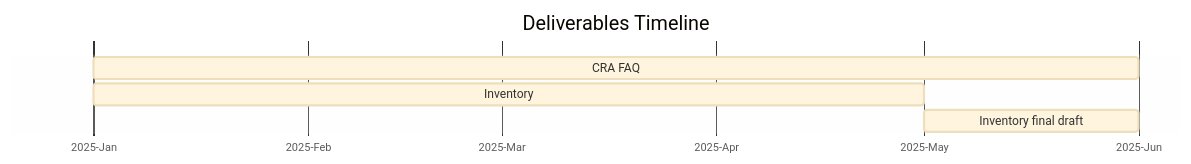
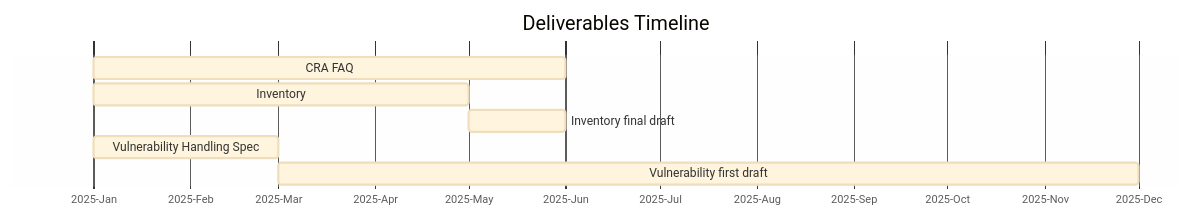
One commit to orcwg/orcwg changed the second of 2 diagrams in cyber-resilience-sig/README.md. Above: the diagram before and after it, drawn with Mermaid.

Commit message:
Add vuln do diagram

````diff
--- a/cyber-resilience-sig/README.md
+++ b/cyber-resilience-sig/README.md
@@ -56,11 +56,13 @@
 ```mermaid
 %%{init: {'theme':'base'}}%%
 gantt
     title Deliverables Timeline
     dateFormat  MMMM YYYY
     axisFormat %Y-%b
     tickInterval 1month
     CRA FAQ: January 2025, June 2025
     Inventory: inventory, January 2025, May 2025
     Inventory final draft: after inventory, June 2025
+    Vulnerability Handling Spec: vuln, January 2025, March 2025
+    Vulnerability first draft: after vuln, December 2025
 ```
````
